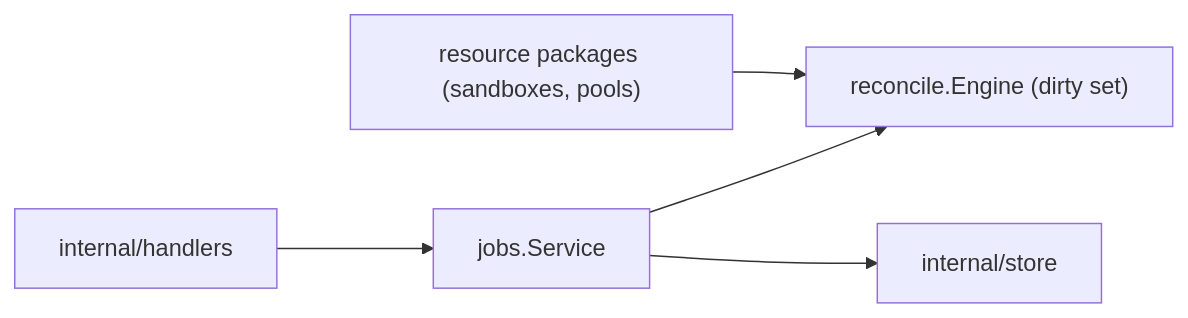
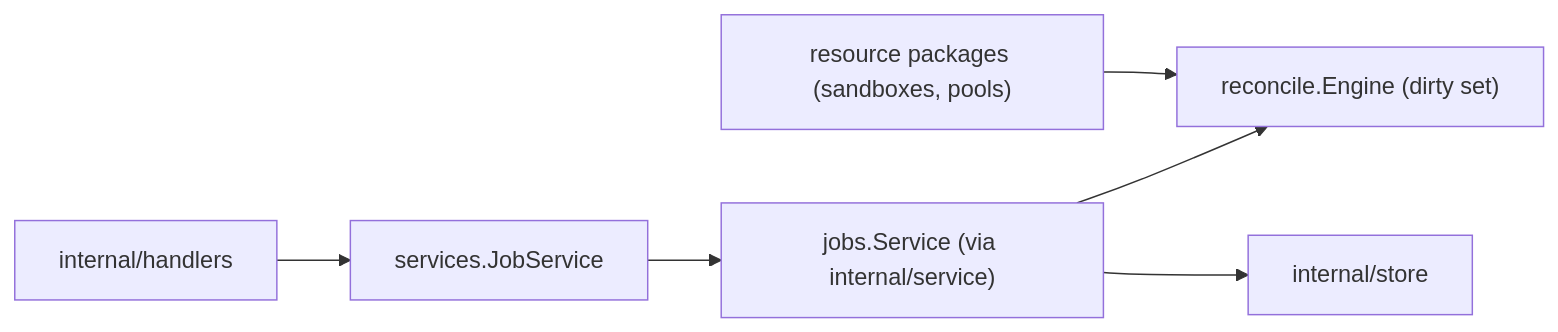
Before and after one commit to discobox-ai/discobox: the diagram in server/internal/resources/jobs/DESIGN.md, drawn with Mermaid. The commit also changed other lines of this file and 37 other files, not shown here.

````diff
--- a/server/internal/resources/jobs/DESIGN.md
+++ b/server/internal/resources/jobs/DESIGN.md
@@ -10,7 +10,8 @@
 ```mermaid
 flowchart LR
-    handlers[internal/handlers] --> jobs[jobs.Service]
+    handlers[internal/handlers] --> contract[services.JobService]
+    contract --> jobs["jobs.Service (via internal/service)"]
     jobs --> engine["reconcile.Engine (dirty set)"]
     jobs --> store[internal/store]
     intents["resource packages (sandboxes, pools)"] --> engine
 ```
````
